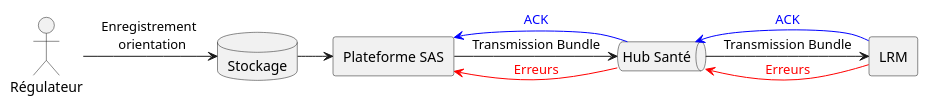
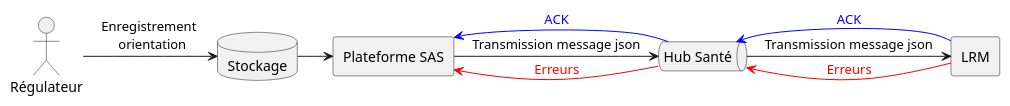
One commit to ansforge/IG-fhir-service-acces-aux-soins changed the diagram in input/images-source/schemaHub.plantuml. Above: the diagram before and after it, drawn with PlantUML. The commit also changed 4 other files, not shown here.

```diff
--- a/input/images-source/schemaHub.plantuml
+++ b/input/images-source/schemaHub.plantuml
@@ -1,18 +1,18 @@
 @startuml
 
 
 actor "Régulateur" as R
 database "Stockage" as db
 rectangle "Plateforme SAS" as PTF
 queue "Hub Santé" as Hub
 rectangle LRM
 
 R -> db :"Enregistrement \n orientation"
 db -> PTF
-PTF -> Hub :"Transmission Bundle"
-Hub -> LRM :"Transmission Bundle"
+PTF -> Hub :"Transmission message json"
+Hub -> LRM :"Transmission message json"
 LRM -[#blue]> Hub :<color:blue>ACK</color>
 LRM -[#red]> Hub :<color:red>Erreurs</color>
 Hub -[#blue]> PTF :<color:blue>ACK</color>
 Hub -[#red]> PTF :<color:red>Erreurs</color>
 @enduml
```
